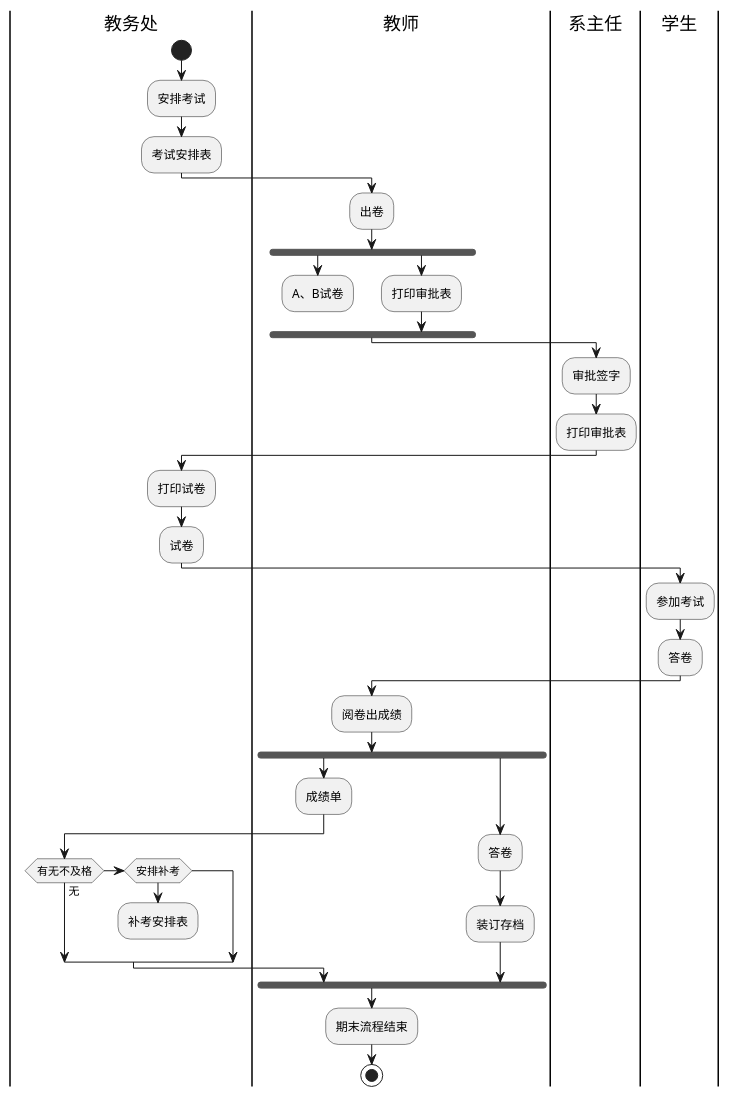
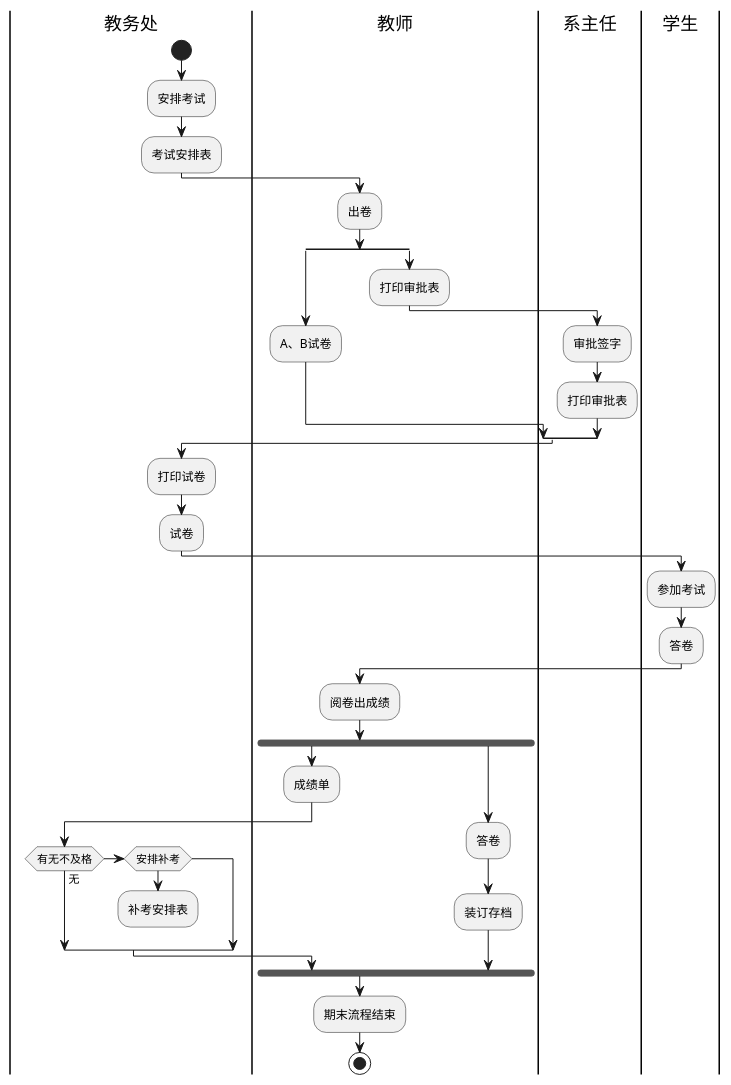
The diagram in test1/姚启迪-考试及成绩管理流程.puml (Konoha-Y/is_analysis), drawn with PlantUML before and after one commit. The commit also changed 2 other files, not shown here.

```diff
--- a/test1/姚启迪-考试及成绩管理流程.puml
+++ b/test1/姚启迪-考试及成绩管理流程.puml
@@ -1,41 +1,39 @@
 @startuml
 |教务处|
 start
 :安排考试;
 :考试安排表;
 |教师|
 :出卷;
-fork
+split
    :A、B试卷;
-   detach
- fork again
+split again
    :打印审批表;
- end fork
 |系主任|
 :审批签字;
 :打印审批表;
+ end split
 |教务处|
 :打印试卷;
 :试卷;
 |学生|
 :参加考试;
 :答卷;
 |教师|
 :阅卷出成绩;
-
 fork
    :成绩单;
    |教务处|
    if (有无不及格) then (无)
    else if(安排补考)
    :补考安排表;
    detach
    endif
 |教师|
 fork again
    :答卷;
    :装订存档;
 end fork
 :期末流程结束;
 stop
 @enduml
```
